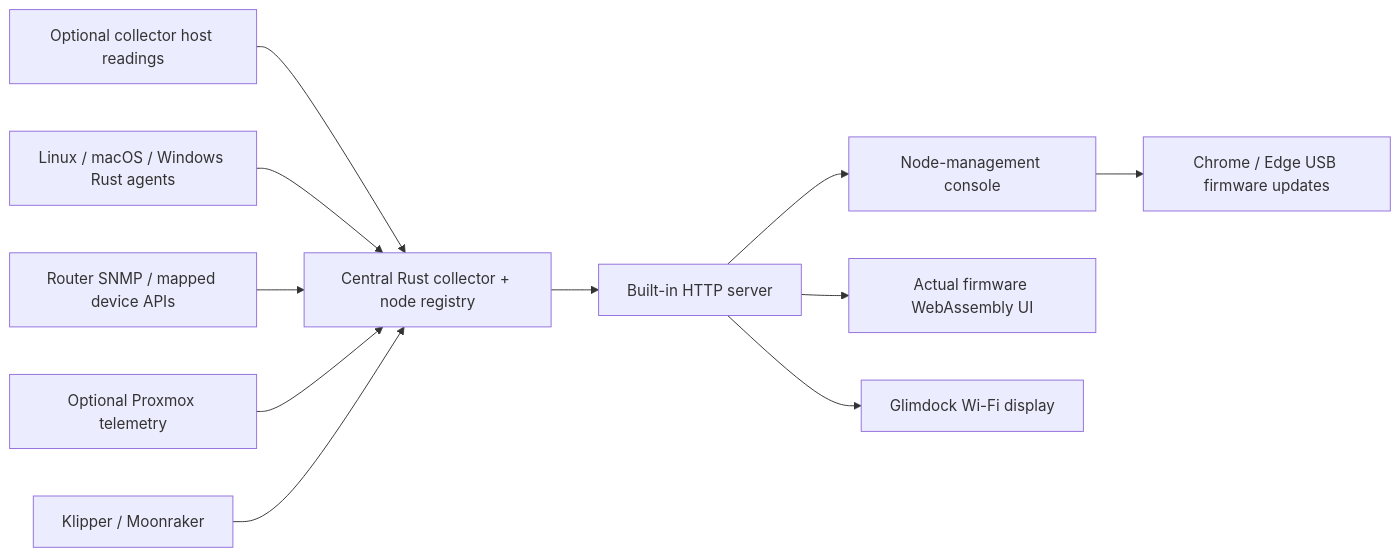
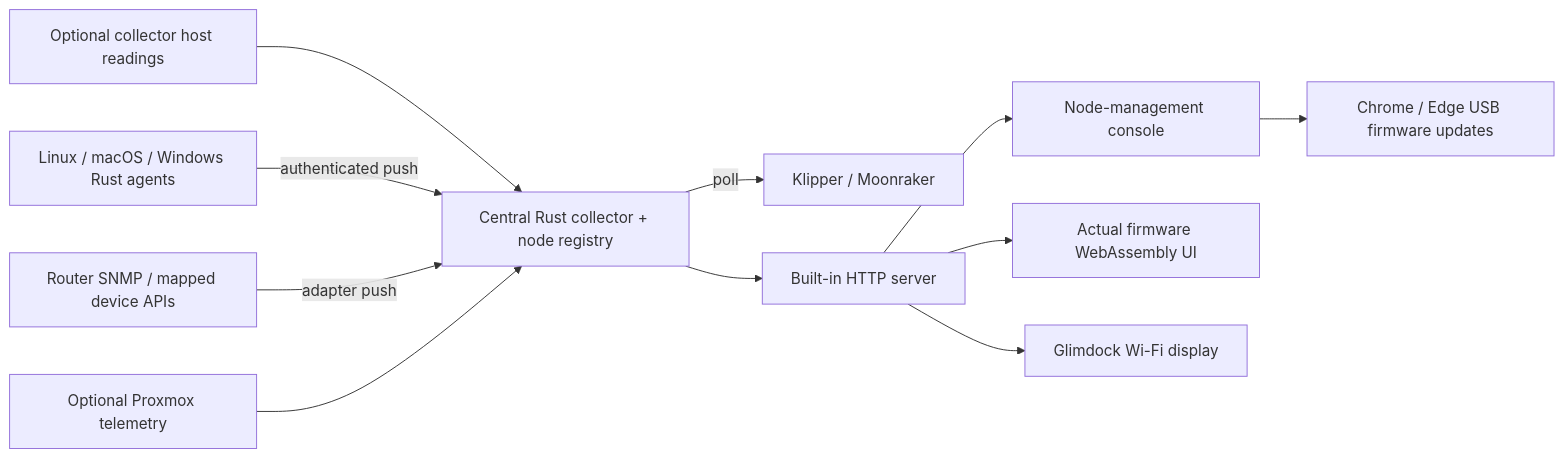
One commit to gkostadinov/glimdock changed the diagram in docs/architecture.md. Above: the diagram before and after it, drawn with Mermaid. The commit also changed other lines of this file and 49 other files, not shown here.

Commit message:
Add enrolled native push agents to the central collector

````diff
--- a/docs/architecture.md
+++ b/docs/architecture.md
@@ -8,13 +8,13 @@
 ```mermaid
 flowchart LR
   Host[Optional collector host readings] --> Hub
-  Agents[Linux / macOS / Windows Rust agents] --> Hub
-  Devices[Router SNMP / mapped device APIs] --> Hub
+  Agents[Linux / macOS / Windows Rust agents] -->|authenticated push| Hub
+  Devices[Router SNMP / mapped device APIs] -->|adapter push| Hub
   PVE[Optional Proxmox telemetry] --> Hub
-  Printer[Klipper / Moonraker] --> Hub
+  Hub -->|poll| Printer[Klipper / Moonraker]
   Hub[Central Rust collector + node registry] --> Server[Built-in HTTP server]
   Server --> Console[Node-management console]
   Server --> Preview[Actual firmware WebAssembly UI]
   Server --> Display[Glimdock Wi-Fi display]
   Console --> USB[Chrome / Edge USB firmware updates]
 ```
````
